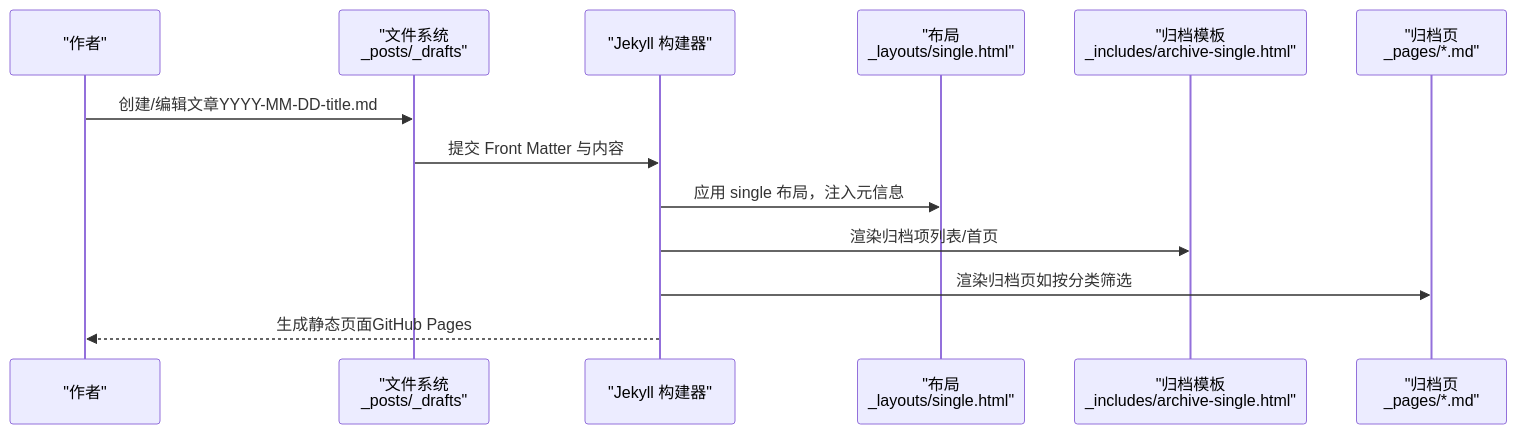
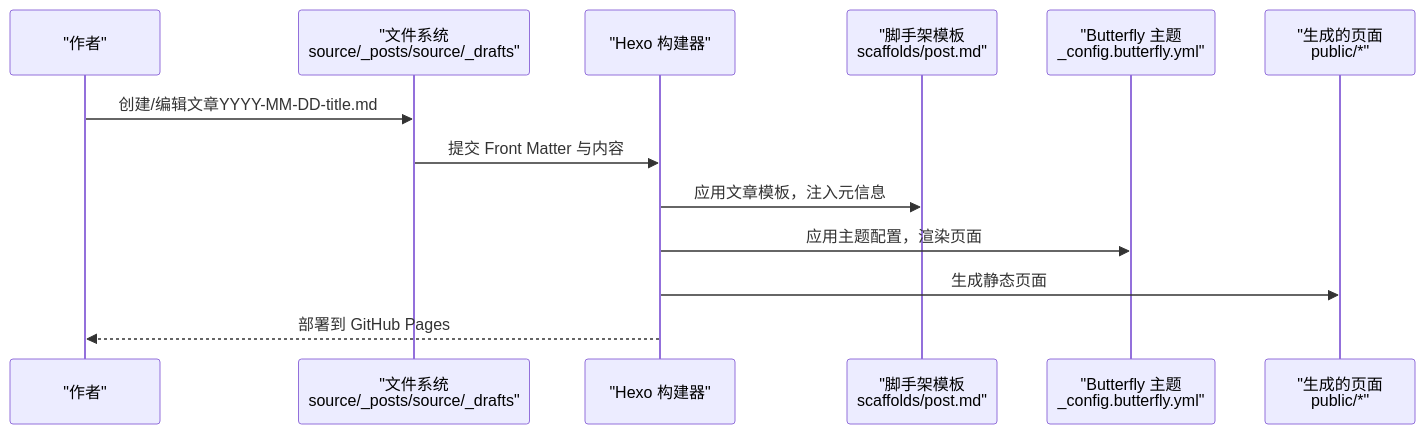
The second of 3 diagrams in .qoder/repowiki/zh/content/内容管理系统/博客文章管理.md (CoolPig0720/CoolPig0720.github.io), drawn with Mermaid before and after one commit. The commit also changed other lines of this file and 36 other files, not shown here.

````diff
--- a/.qoder/repowiki/zh/content/内容管理系统/博客文章管理.md
+++ b/.qoder/repowiki/zh/content/内容管理系统/博客文章管理.md
@@ -105,15 +103,15 @@
 ```mermaid
 sequenceDiagram
 participant U as "作者"
-participant FS as "文件系统<br/>_posts/_drafts"
-participant J as "Jekyll 构建器"
-participant L as "布局<br/>_layouts/single.html"
-participant I as "归档模板<br/>_includes/archive-single.html"
-participant P as "归档页<br/>_pages/*.md"
+participant FS as "文件系统<br/>source/_posts/source/_drafts"
+participant H as "Hexo 构建器"
+participant S as "脚手架模板<br/>scaffolds/post.md"
+participant T as "Butterfly 主题<br/>_config.butterfly.yml"
+participant P as "生成的页面<br/>public/*"
 U->>FS : 创建/编辑文章YYYY-MM-DD-title.md
-FS->>J : 提交 Front Matter 与内容
-J->>L : 应用 single 布局，注入元信息
-J->>I : 渲染归档项列表/首页
-J->>P : 渲染归档页如按分类筛选
-J-->>U : 生成静态页面GitHub Pages
+FS->>H : 提交 Front Matter 与内容
+H->>S : 应用文章模板，注入元信息
+H->>T : 应用主题配置，渲染页面
+H->>P : 生成静态页面
+H-->>U : 部署到 GitHub Pages
 ```
````
